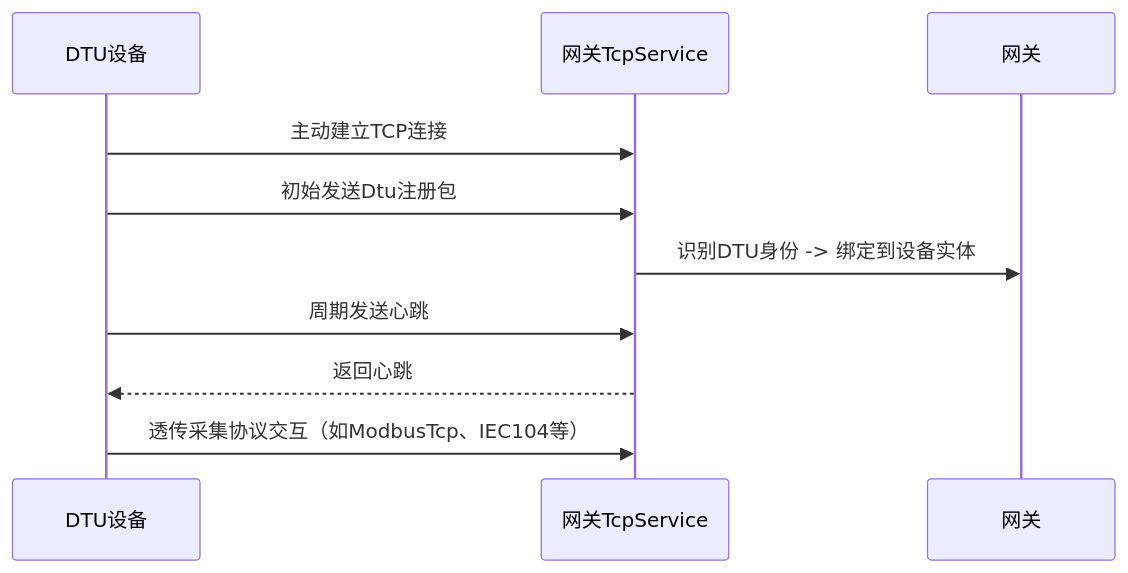
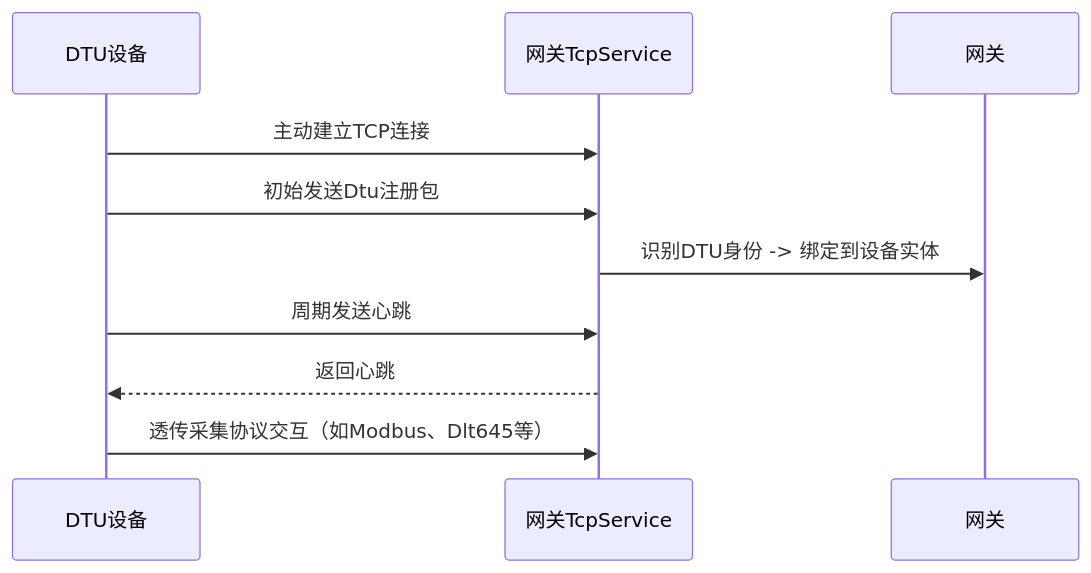
The diagram in docs/dtu.mdx (ThingsGateway/Docs), drawn with Mermaid before and after one commit.

Commit message:
更新文档

````diff
--- a/docs/dtu.mdx
+++ b/docs/dtu.mdx
@@ -56,10 +56,10 @@
 ```mermaid
 sequenceDiagram
 DTU设备->>网关TcpService: 主动建立TCP连接
 DTU设备->>网关TcpService: 初始发送Dtu注册包
 网关TcpService->>网关: 识别DTU身份 -> 绑定到设备实体
 DTU设备->>网关TcpService: 周期发送心跳
 网关TcpService-->>DTU设备: 返回心跳
-DTU设备->>网关TcpService: 透传采集协议交互（如ModbusTcp、IEC104等）
+DTU设备->>网关TcpService: 透传采集协议交互（如Modbus、Dlt645等）
 
 ```
````
